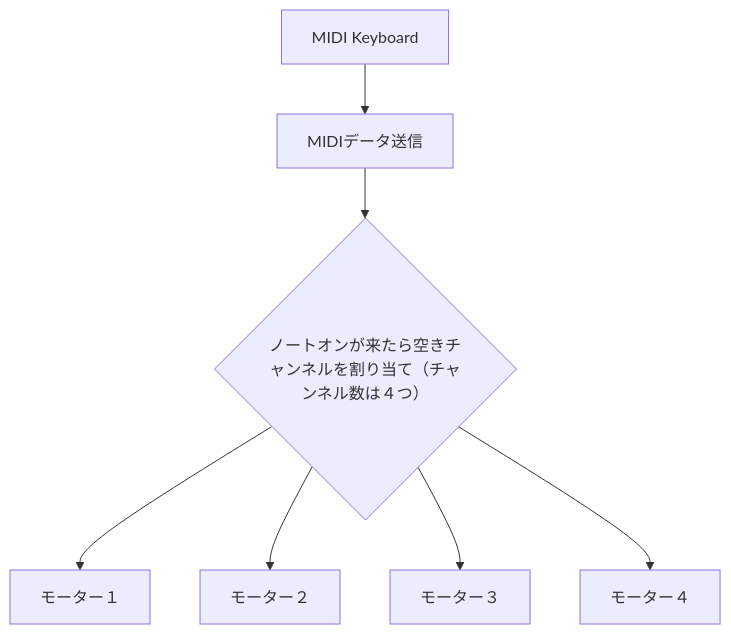
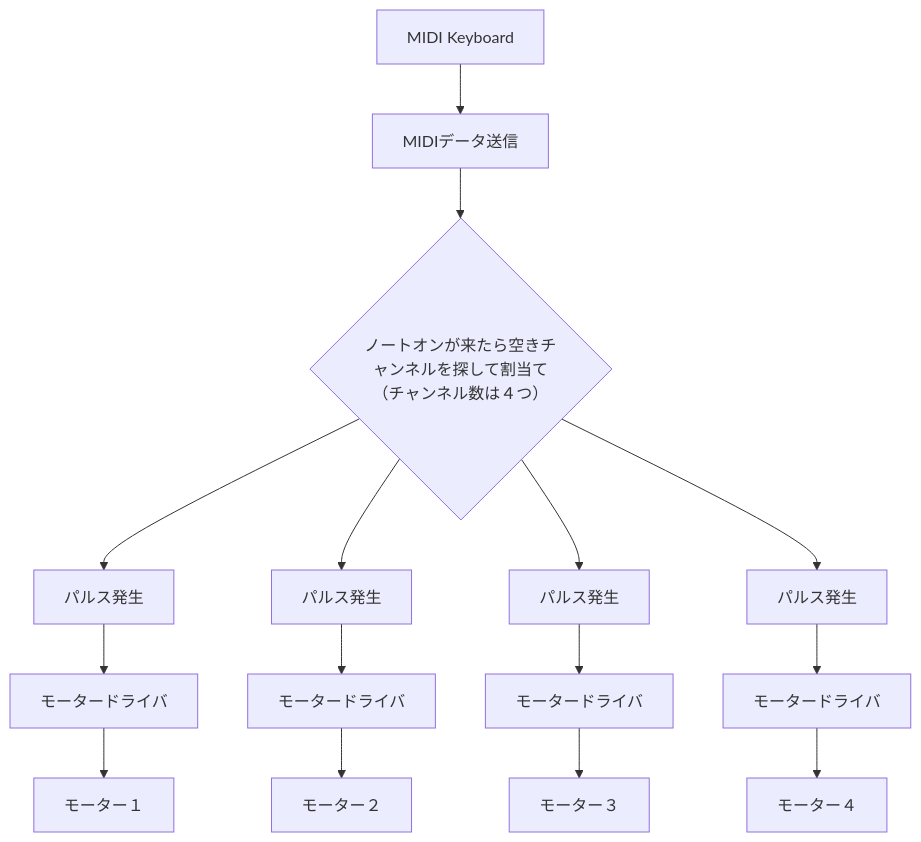
The diagram in README.md (penkich/Scifesta), drawn with Mermaid before and after one commit.

````diff
--- a/README.md
+++ b/README.md
@@ -4,8 +4,8 @@
 ```mermaid
 flowchart TB
     A[MIDI Keyboard] --> B[MIDIデータ送信] -->
-    C{ノートオンが来たら空きチャンネルを割り当て（チャンネル数は４つ）}--> D[モーター１]
-    C{ノートオンが来たら空きチャンネルを割り当て（チャンネル数は４つ）}--> E[モーター２]
-    C{ノートオンが来たら空きチャンネルを割り当て（チャンネル数は４つ）}--> F[モーター３]
-    C{ノートオンが来たら空きチャンネルを割り当て（チャンネル数は４つ）}--> G[モーター４]
+    C{ノートオンが来たら空きチャンネルを探して割当て（チャンネル数は４つ）}--> D[パルス発生] --> H[モータードライバ] --> L[モーター１]
+    C{ノートオンが来たら空きチャンネルを探して割当て（チャンネル数は４つ）}--> E[パルス発生] --> I[モータードライバ] --> M[モーター２]
+    C{ノートオンが来たら空きチャンネルを探して割当て（チャンネル数は４つ）}--> F[パルス発生] --> J[モータードライバ] --> N[モーター３]
+    C{ノートオンが来たら空きチャンネルを探して割当て（チャンネル数は４つ）}--> G[パルス発生] --> K[モータードライバ] --> O[モーター４]
 ```
````
